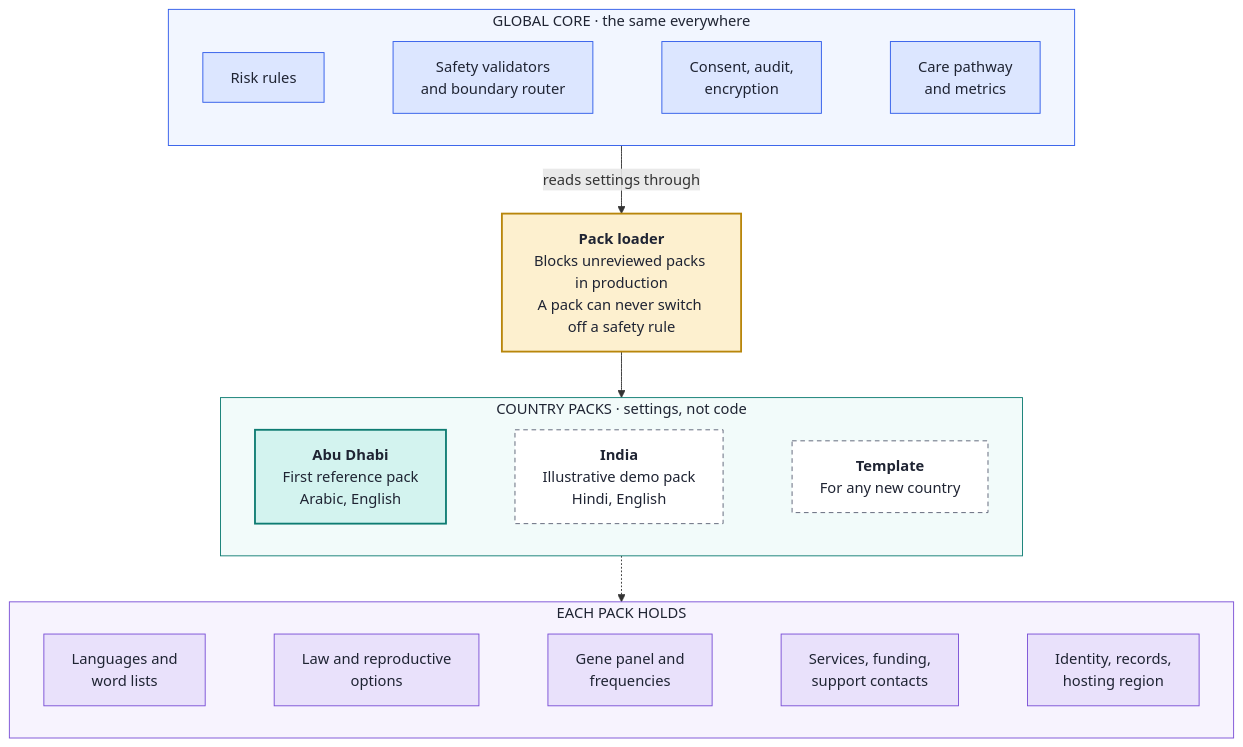
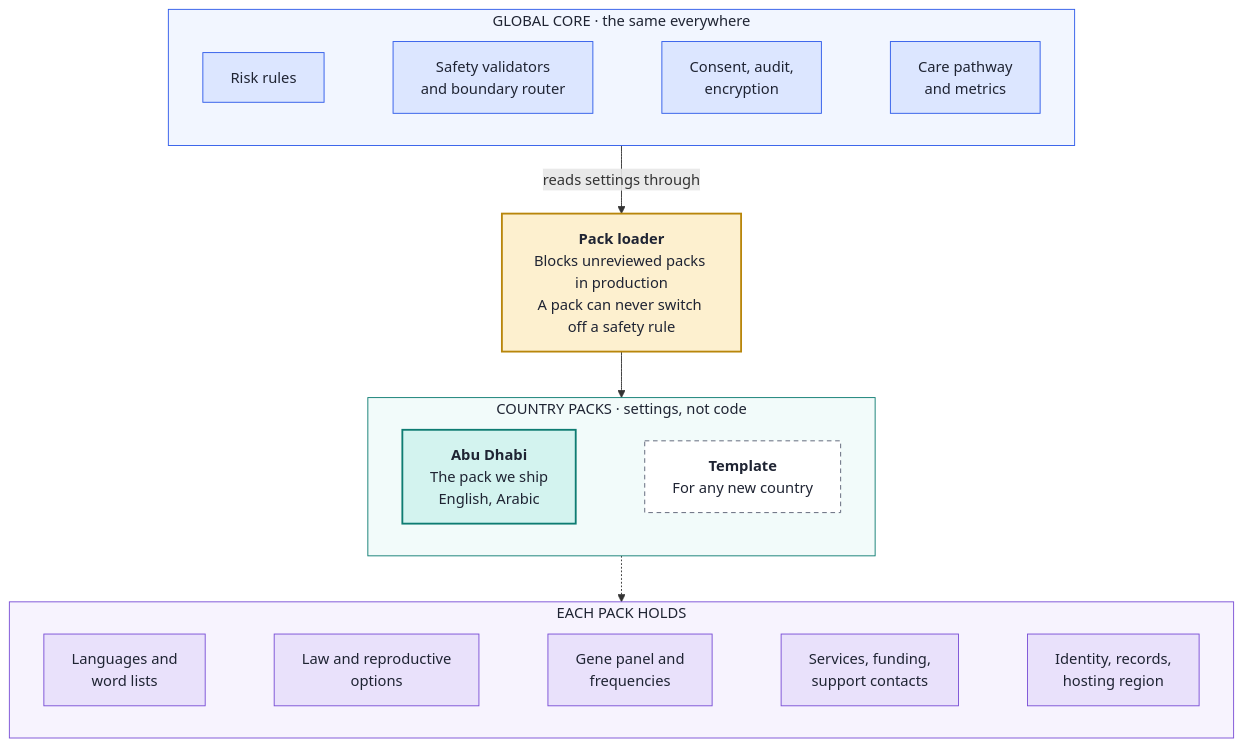
One commit to YaduvanshiHimanshunfsu/Future-Health-Digital-Innovation-Challenge changed the fourth of 13 diagrams in README.md. Above: the diagram before and after it, drawn with Mermaid. The commit also changed other lines of this file and 91 other files, not shown here.

````diff
--- a/README.md
+++ b/README.md
@@ -154,31 +154,31 @@
 ```mermaid
 flowchart TB
     subgraph CORE["GLOBAL CORE · the same everywhere"]
         direction LR
         C1["Risk rules"]:::core ~~~ C2["Safety validators<br/>and boundary router"]:::core ~~~ C3["Consent, audit,<br/>encryption"]:::core ~~~ C4["Care pathway<br/>and metrics"]:::core
     end
 
     L["<b>Pack loader</b><br/>Blocks unreviewed packs in production<br/>A pack can never switch off a safety rule"]:::gate
 
     subgraph PACKS["COUNTRY PACKS · settings, not code"]
         direction LR
-        P1["<b>Abu Dhabi</b><br/>First reference pack<br/>Arabic, English"]:::first ~~~ P2["<b>India</b><br/>Illustrative demo pack<br/>Hindi, English"]:::next ~~~ P3["<b>Template</b><br/>For any new country"]:::next
+        P1["<b>Abu Dhabi</b><br/>The pack we ship<br/>English, Arabic"]:::first ~~~ P3["<b>Template</b><br/>For any new country"]:::next
     end
 
     subgraph HAS["EACH PACK HOLDS"]
         direction LR
         H1["Languages and<br/>word lists"]:::has ~~~ H2["Law and reproductive<br/>options"]:::has ~~~ H3["Gene panel and<br/>frequencies"]:::has ~~~ H4["Services, funding,<br/>support contacts"]:::has ~~~ H5["Identity, records,<br/>hosting region"]:::has
     end
 
     CORE -->|reads settings through| L --> PACKS
     PACKS -.-> HAS
 
     classDef core fill:#DCE6FF,stroke:#2F5BEA,color:#1F2433
     classDef gate fill:#FDF0CF,stroke:#B8860B,color:#1F2433,stroke-width:2px
     classDef first fill:#D3F3EF,stroke:#0E7C72,color:#1F2433,stroke-width:2px
     classDef next fill:#FFFFFF,stroke:#5B6275,color:#1F2433,stroke-dasharray:5 4
     classDef has fill:#E9E1FB,stroke:#7A4FD6,color:#1F2433
     style CORE fill:#F2F6FF,stroke:#2F5BEA,color:#1F2433
     style PACKS fill:#F2FBFA,stroke:#0E7C72,color:#1F2433
     style HAS fill:#F7F3FE,stroke:#7A4FD6,color:#1F2433
 ```
````
